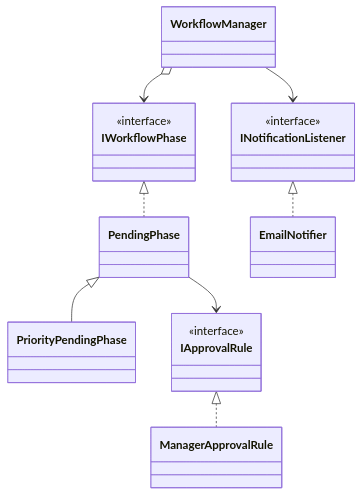
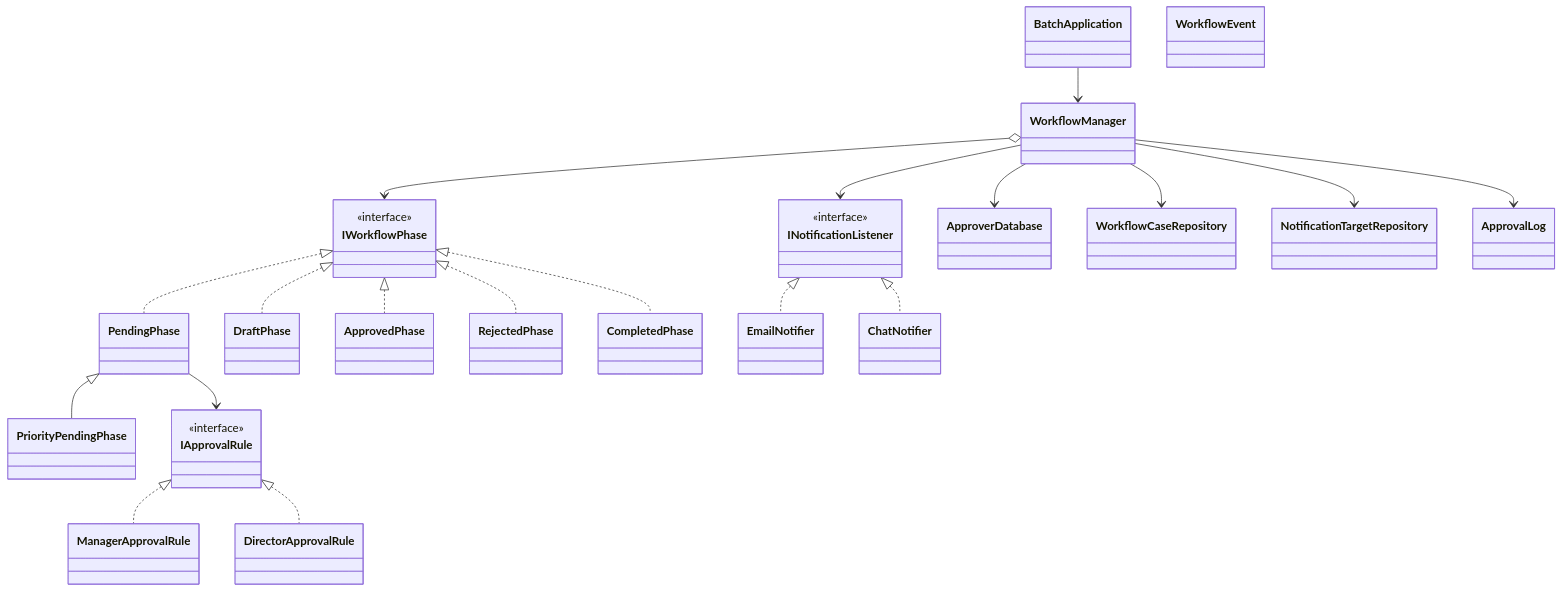
Before and after one commit to kumachan1101-pixel/DesignPattern: diagram 13 of 18 in kindle/design-patterns/output/chapter12.md, drawn with Mermaid. The commit also changed other lines of this file and 19 other files, not shown here.

````diff
--- a/kindle/design-patterns/output/chapter12.md
+++ b/kindle/design-patterns/output/chapter12.md
@@ -2575,18 +2199,41 @@
 ```mermaid
 classDiagram
+    class DraftPhase
+    class ApprovedPhase
+    class RejectedPhase
+    class CompletedPhase
+    class DirectorApprovalRule
+    class ApproverDatabase
+    class WorkflowCaseRepository
+    class NotificationTargetRepository
+    class ChatNotifier
+    class ApprovalLog
+    class BatchApplication
+    class WorkflowEvent
     class WorkflowManager
     class IWorkflowPhase { <<interface>> }
     class PendingPhase
     class PriorityPendingPhase
     class IApprovalRule { <<interface>> }
     class ManagerApprovalRule
     class INotificationListener { <<interface>> }
     class EmailNotifier
     WorkflowManager o--> IWorkflowPhase
     IWorkflowPhase <|.. PendingPhase
     PendingPhase <|-- PriorityPendingPhase
     PendingPhase --> IApprovalRule
     IApprovalRule <|.. ManagerApprovalRule
     WorkflowManager --> INotificationListener
     INotificationListener <|.. EmailNotifier
+    IWorkflowPhase <|.. DraftPhase
+    IWorkflowPhase <|.. ApprovedPhase
+    IWorkflowPhase <|.. RejectedPhase
+    IWorkflowPhase <|.. CompletedPhase
+    IApprovalRule <|.. DirectorApprovalRule
+    WorkflowManager --> ApproverDatabase
+    WorkflowManager --> WorkflowCaseRepository
+    WorkflowManager --> NotificationTargetRepository
+    INotificationListener <|.. ChatNotifier
+    WorkflowManager --> ApprovalLog
+    BatchApplication --> WorkflowManager
 ```
````
